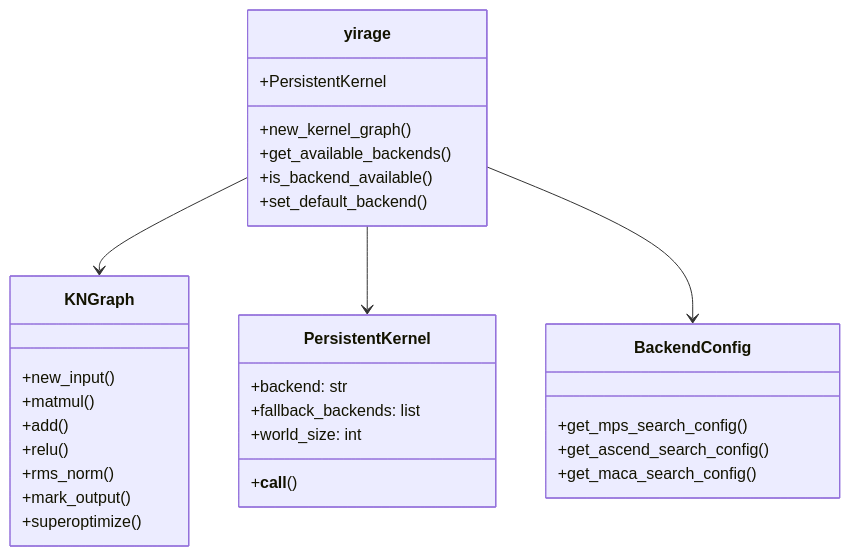
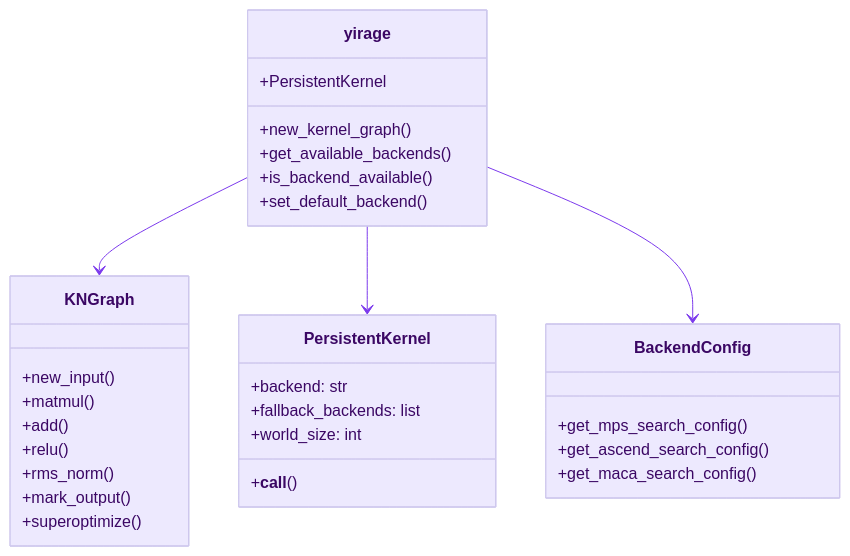
Diagram 12 of 13 in docs/architecture.md (chenxingqiang/YiRage), drawn with Mermaid before and after one commit. The commit also changed other lines of this file and 9 other files, not shown here.

First line of the commit message:
style: unify Mermaid diagrams to minimal purple theme

````diff
--- a/docs/architecture.md
+++ b/docs/architecture.md
@@ -364,37 +386,38 @@
 ```mermaid
+%%{init: {'theme': 'base', 'themeVariables': { 'primaryColor': '#ede9fe', 'primaryTextColor': '#3b0764', 'lineColor': '#7c3aed'}}}%%
 classDiagram
     class yirage {
         +new_kernel_graph()
         +get_available_backends()
         +is_backend_available()
         +set_default_backend()
         +PersistentKernel
     }
 
     class KNGraph {
         +new_input()
         +matmul()
         +add()
         +relu()
         +rms_norm()
         +mark_output()
         +superoptimize()
     }
 
     class PersistentKernel {
         +backend: str
         +fallback_backends: list
         +world_size: int
         +__call__()
     }
 
     class BackendConfig {
         +get_mps_search_config()
         +get_ascend_search_config()
         +get_maca_search_config()
     }
 
     yirage --> KNGraph
     yirage --> PersistentKernel
     yirage --> BackendConfig
 ```
````
